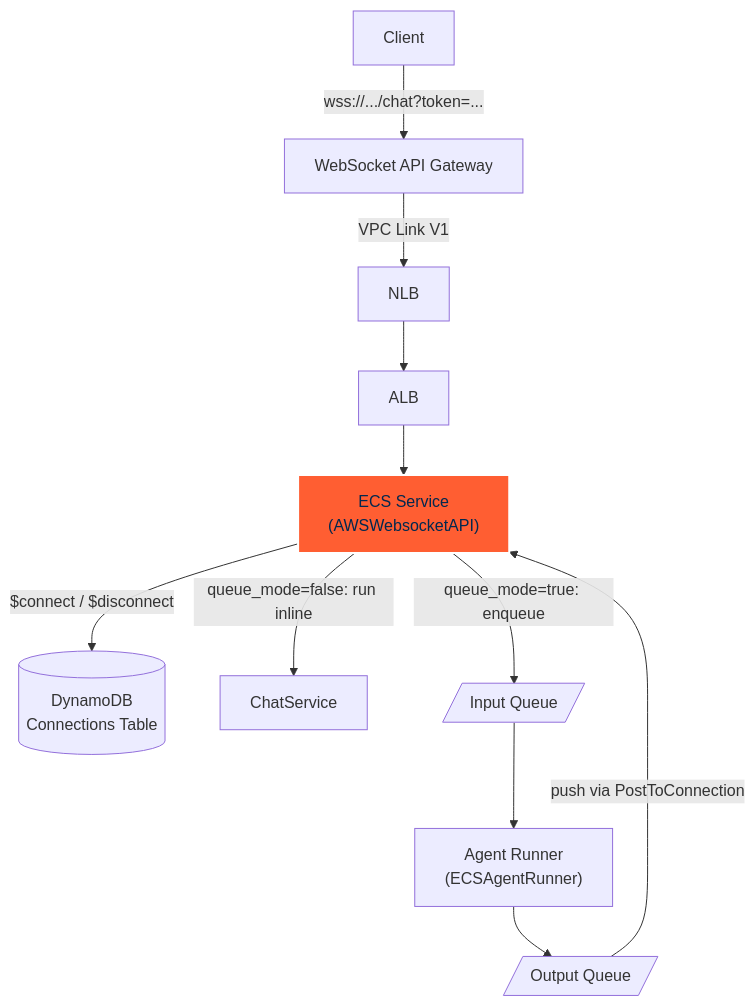
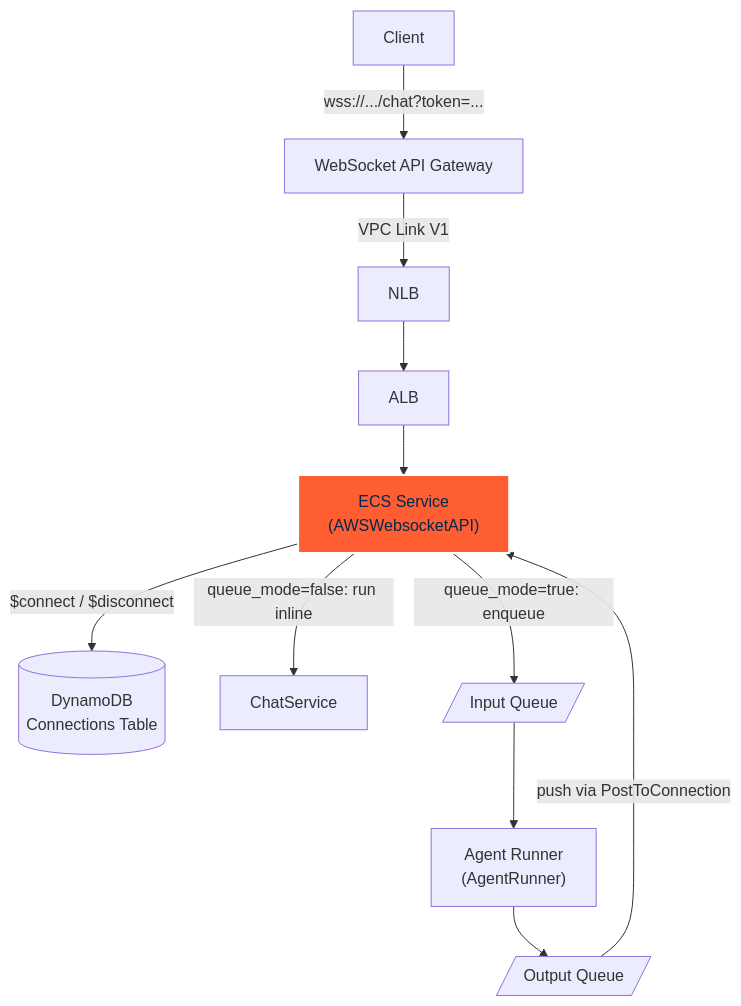
One commit to yaalalabs/agent-kernel changed the fourth of 5 diagrams in docs/docs/deployment/aws-containerized.md. Above: the diagram before and after it, drawn with Mermaid. The commit also changed other lines of this file and 69 other files, not shown here.

````diff
--- a/docs/docs/deployment/aws-containerized.md
+++ b/docs/docs/deployment/aws-containerized.md
@@ -357,16 +380,16 @@
 ```mermaid
 graph TB
     A[Client] -->|"wss://.../chat?token=..."| B[WebSocket API Gateway]
     B -->|VPC Link V1| N[NLB]
     N --> LB[ALB]
     LB --> C["ECS Service<br/>(AWSWebsocketAPI)"]
 
     C -->|"$connect / $disconnect"| D[(DynamoDB<br/>Connections Table)]
     C -->|"queue_mode=false: run inline"| E["ChatService"]
     C -->|"queue_mode=true: enqueue"| F[/Input Queue/]
-    F --> G["Agent Runner<br/>(ECSAgentRunner)"]
+    F --> G["Agent Runner<br/>(AgentRunner)"]
     G --> H[/Output Queue/]
     H -->|"push via PostToConnection"| C
 
     style C fill:#FF5E32,stroke:#fff,stroke-width:2px,color:#02284F
 ```
````
